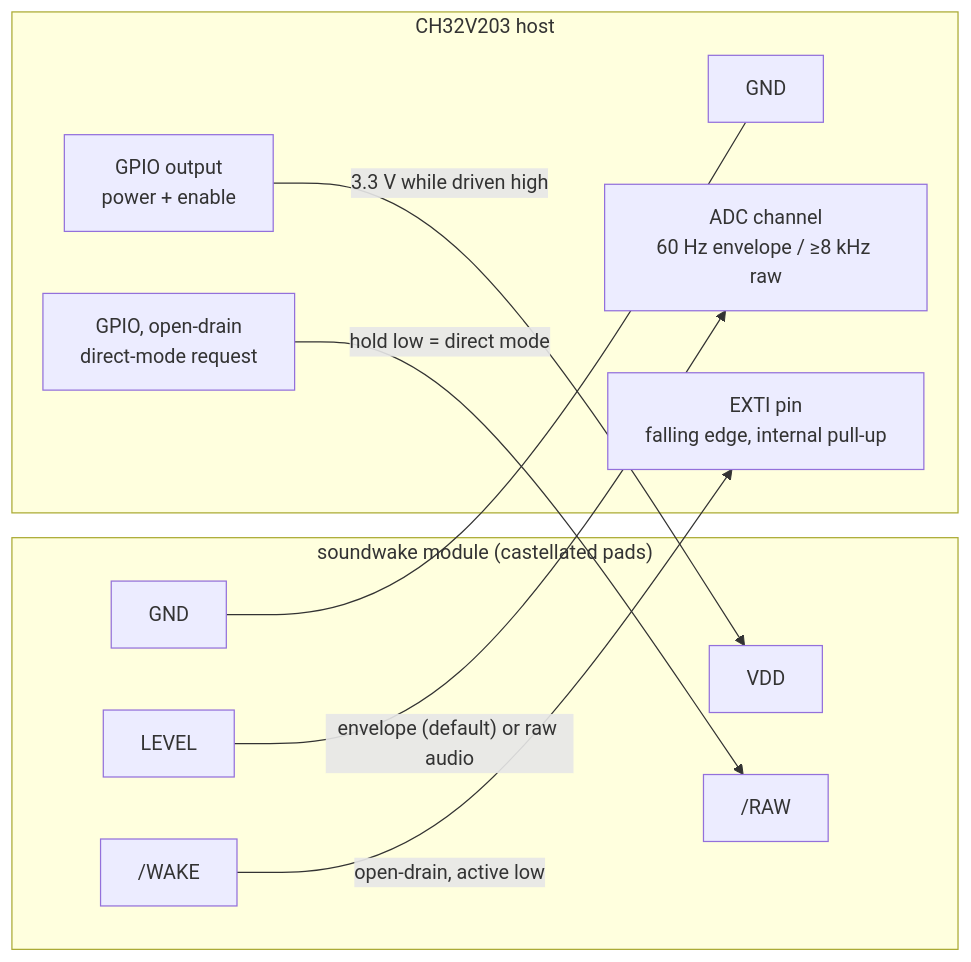
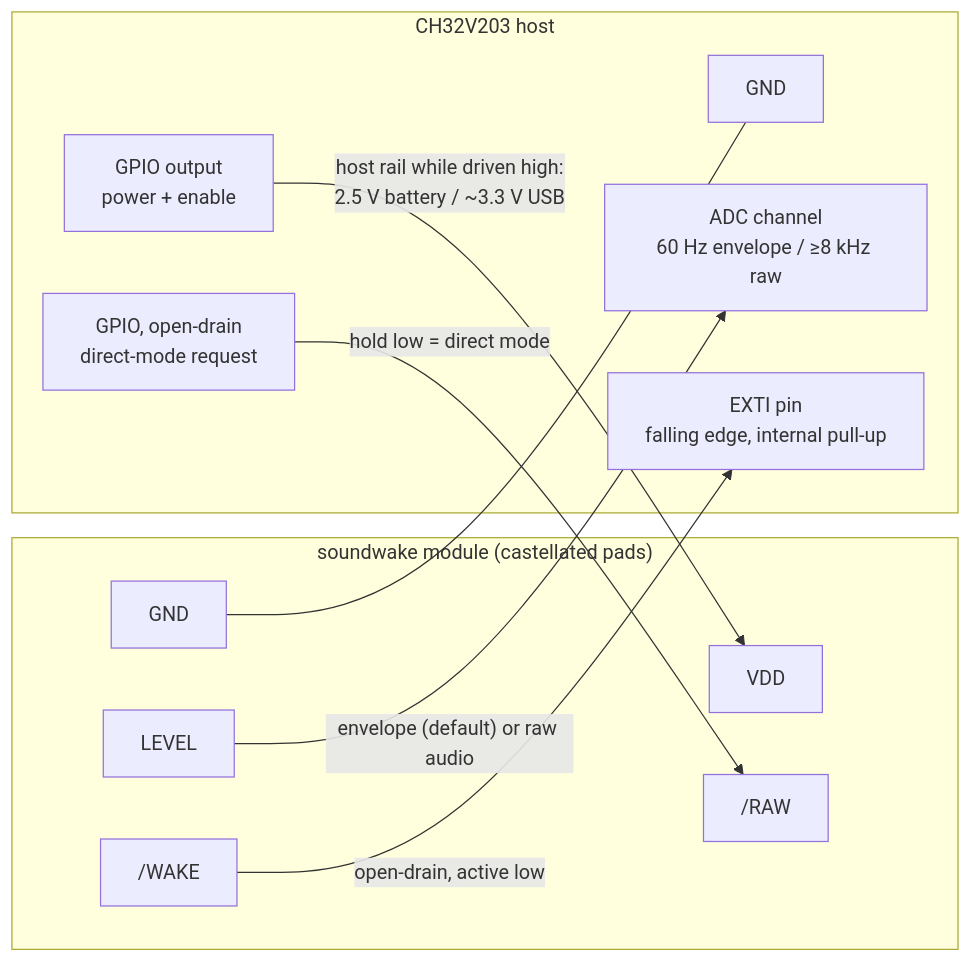
Before and after one commit to zackees/soundwake: the first of 6 diagrams in README.md, drawn with Mermaid. The commit also changed other lines of this file and 1 other file, not shown here.

First line of the commit message:
docs: redesign spec for PUI mic + host dual-level 2.5/3.3 V rail (#15) (#16)

````diff
--- a/README.md
+++ b/README.md
@@ -52,22 +52,22 @@
 ```mermaid
 flowchart LR
     subgraph MOD["soundwake module (castellated pads)"]
         VDD["VDD"]
         GND["GND"]
         LEVEL["LEVEL"]
         WAKE["/WAKE"]
         RAW["/RAW"]
     end
     subgraph MCU["CH32V203 host"]
         PWR["GPIO output<br/>power + enable"]
         MGND["GND"]
         ADC["ADC channel<br/>60 Hz envelope / ≥8 kHz raw"]
         EXTI["EXTI pin<br/>falling edge, internal pull-up"]
         RREQ["GPIO, open-drain<br/>direct-mode request"]
     end
-    PWR -->|"3.3 V while driven high"| VDD
+    PWR -->|"host rail while driven high:<br/>2.5 V battery / ~3.3 V USB"| VDD
     GND --- MGND
     LEVEL -->|"envelope (default) or raw audio"| ADC
     WAKE -->|"open-drain, active low"| EXTI
     RREQ -->|"hold low = direct mode"| RAW
 ```
````
